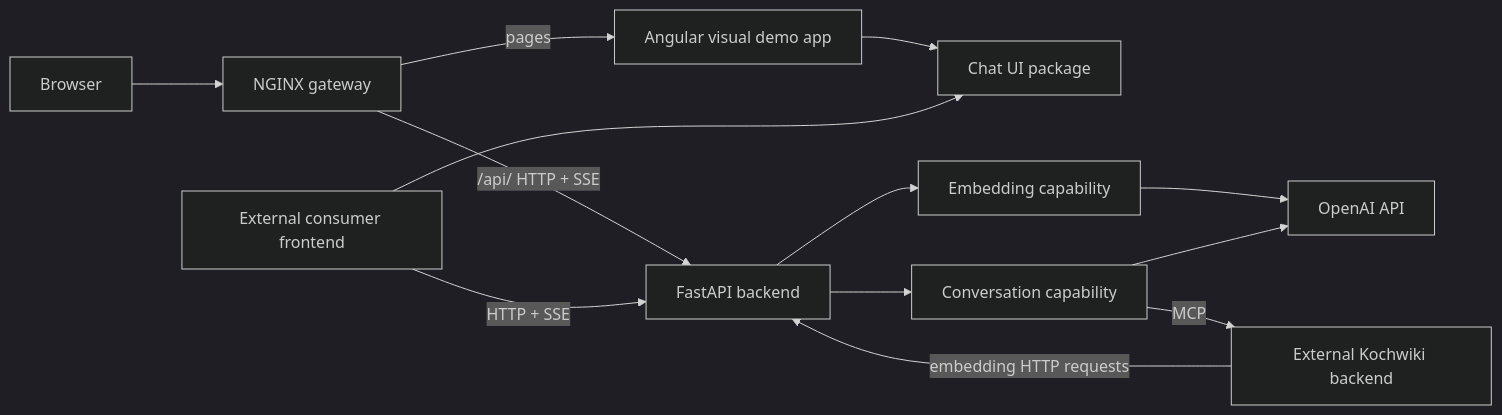
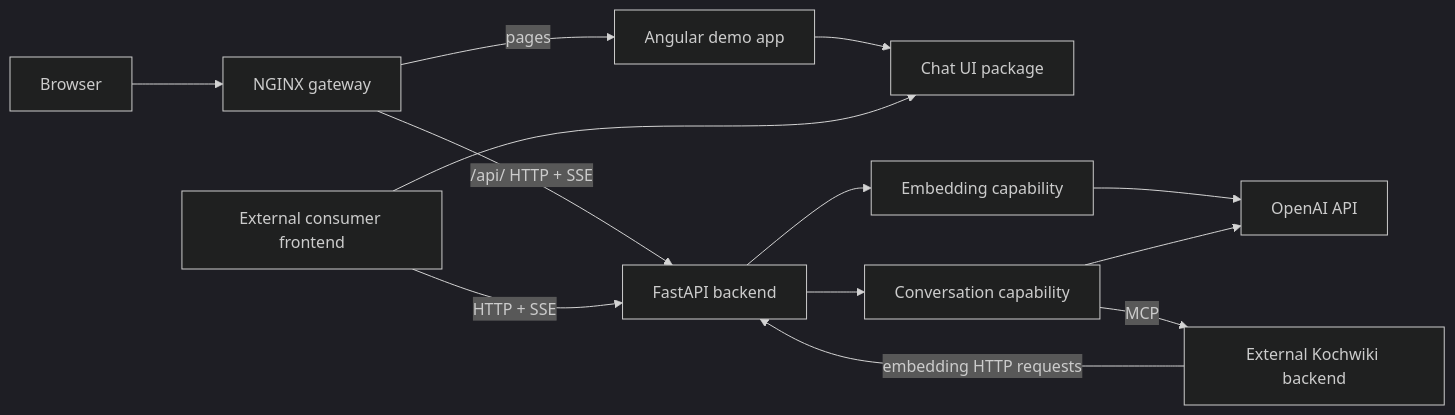
The diagram in docs/navigation.md (roithme0/ai-service), drawn with Mermaid (dark theme) before and after one commit. The commit also changed other lines of this file and 15 other files, not shown here.

Commit message:
feat: wire live demo into frontend

````diff
--- a/docs/navigation.md
+++ b/docs/navigation.md
@@ -7,15 +7,15 @@
 ```mermaid
 flowchart LR
     Browser --> Gateway[NGINX gateway]
-    Gateway -->|pages| Frontend[Angular visual demo app]
+    Gateway -->|pages| Frontend[Angular demo app]
     Gateway -->|/api/ HTTP + SSE| Backend[FastAPI backend]
     Frontend --> ChatUI[Chat UI package]
     Consumer[External consumer frontend] --> ChatUI
     Consumer -->|HTTP + SSE| Backend
     Backend --> Conversations[Conversation capability]
     Kochwiki -->|embedding HTTP requests| Backend
     Backend --> Embeddings[Embedding capability]
     Embeddings --> OpenAI
     Conversations --> OpenAI[OpenAI API]
     Conversations -->|MCP| Kochwiki[External Kochwiki backend]
 ```
````
